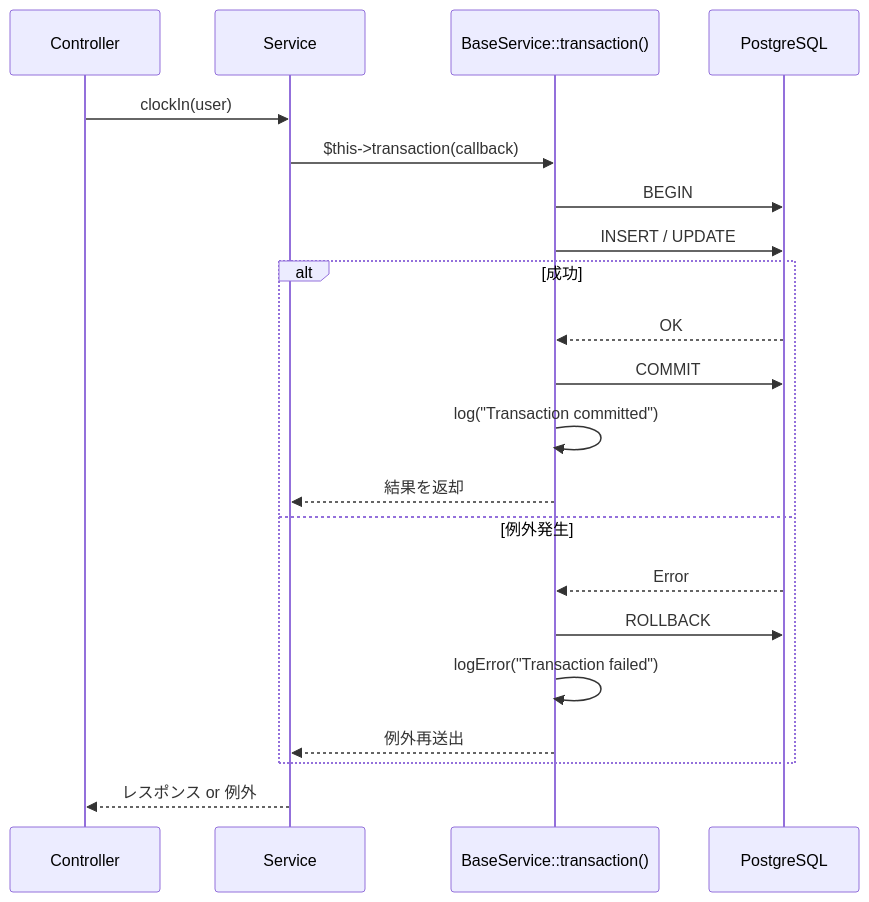
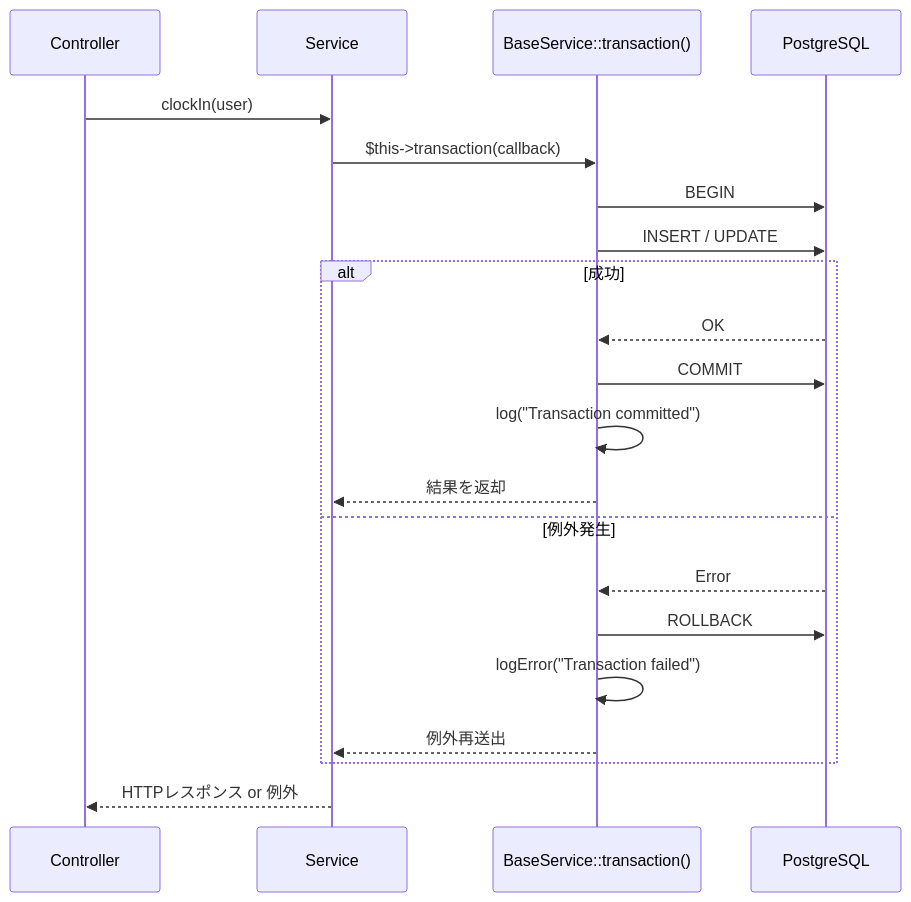
One commit to miyazakisora111/time-attendance changed the first of 2 diagrams in docs/dev/transaction-design.md. Above: the diagram before and after it, drawn with Mermaid. The commit also changed 88 other files, not shown here.

````diff
--- a/docs/dev/transaction-design.md
+++ b/docs/dev/transaction-design.md
@@ -9,24 +9,24 @@
 ```mermaid
 sequenceDiagram
     participant C as Controller
     participant S as Service
     participant BS as BaseService::transaction()
     participant DB as PostgreSQL
 
     C->>S: clockIn(user)
     S->>BS: $this->transaction(callback)
     BS->>DB: BEGIN
     BS->>DB: INSERT / UPDATE
     alt 成功
         DB-->>BS: OK
         BS->>DB: COMMIT
         BS->>BS: log("Transaction committed")
         BS-->>S: 結果を返却
     else 例外発生
         DB-->>BS: Error
         BS->>DB: ROLLBACK
         BS->>BS: logError("Transaction failed")
         BS-->>S: 例外再送出
     end
-    S-->>C: レスポンス or 例外
+    S-->>C: HTTPレスポンス or 例外
 ```
````
